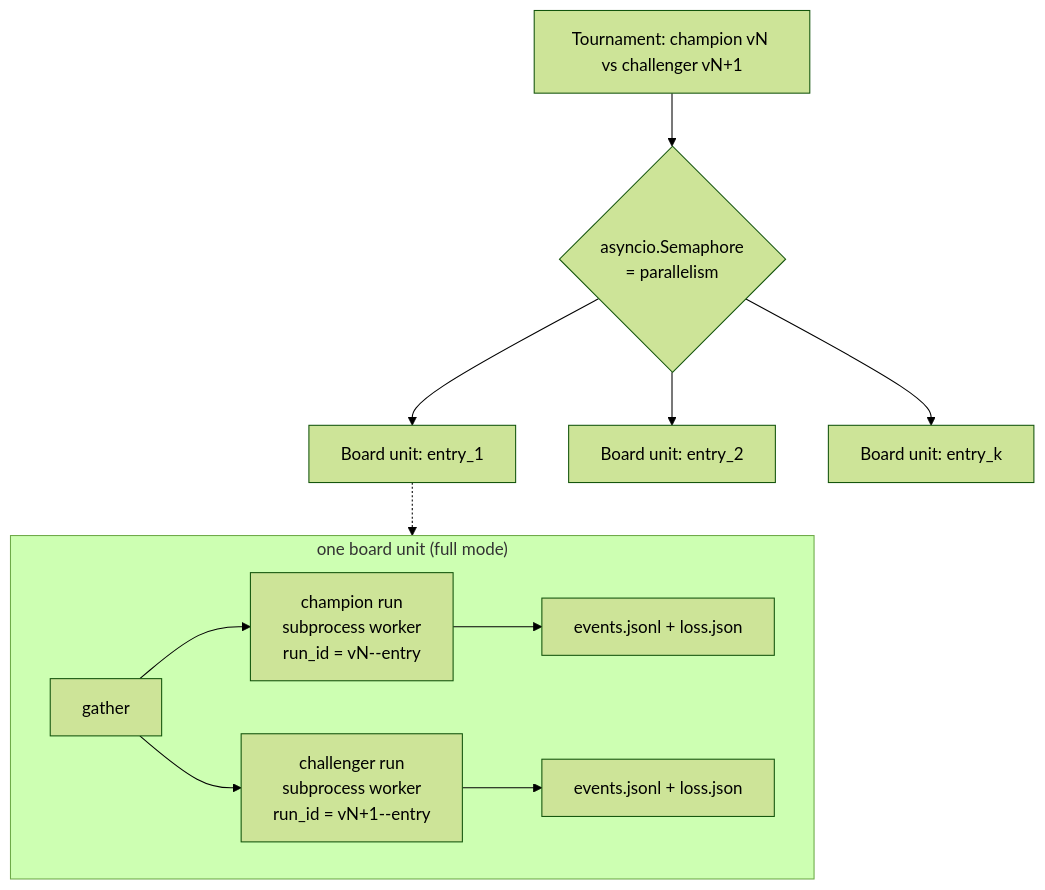
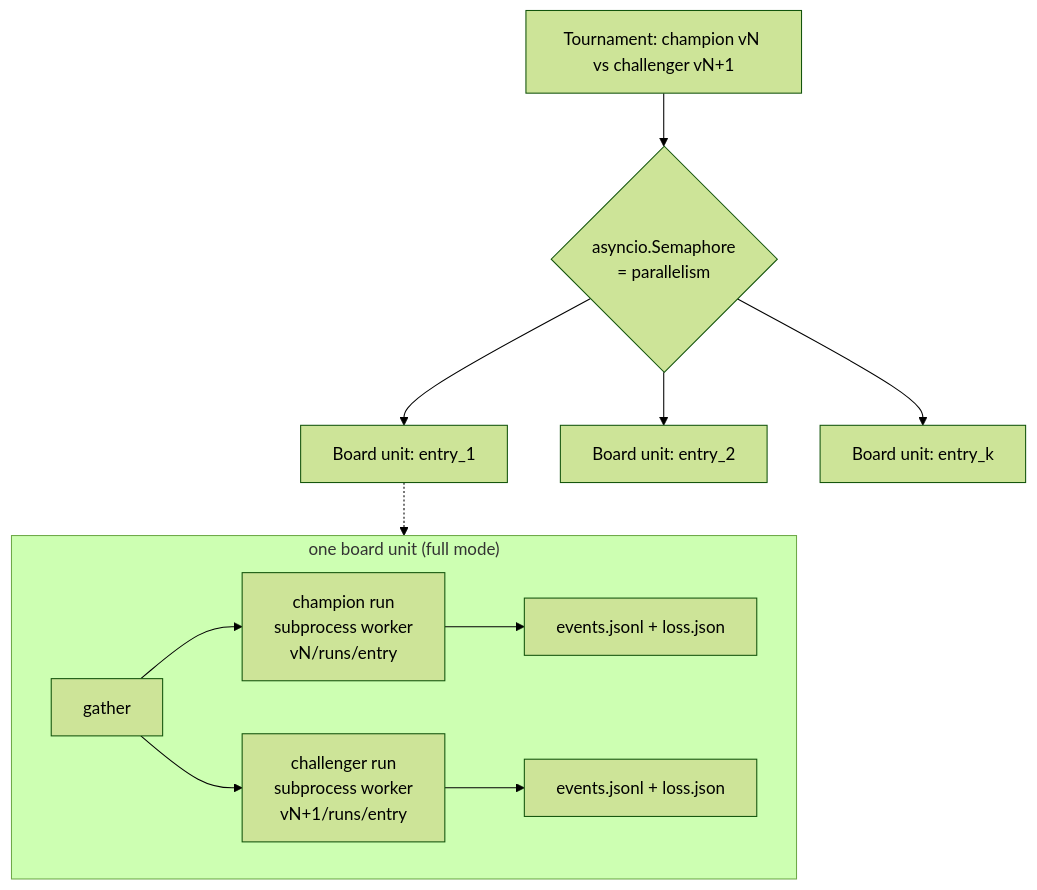
The fourth of 12 diagrams in docs/design/SELECTION.md (pedapudi/zicato), drawn with Mermaid (forest theme) before and after one commit. The commit also changed other lines of this file and 128 other files, not shown here.

````diff
--- a/docs/design/SELECTION.md
+++ b/docs/design/SELECTION.md
@@ -306,15 +324,15 @@
 ```mermaid
 flowchart TB
     T["Tournament: champion vN vs challenger vN+1"] --> SEM{"asyncio.Semaphore<br/>= parallelism"}
     SEM --> U1["Board unit: entry_1"]
     SEM --> U2["Board unit: entry_2"]
     SEM --> Uk["Board unit: entry_k"]
     subgraph one["one board unit (full mode)"]
         direction LR
-        G1["gather"] --> CW["champion run<br/>subprocess worker<br/>run_id = vN--entry"]
-        G1 --> HW["challenger run<br/>subprocess worker<br/>run_id = vN+1--entry"]
+        G1["gather"] --> CW["champion run<br/>subprocess worker<br/>vN/runs/entry"]
+        G1 --> HW["challenger run<br/>subprocess worker<br/>vN+1/runs/entry"]
         CW --> J["events.jsonl + loss.json"]
         HW --> J2["events.jsonl + loss.json"]
     end
     U1 -.-> one
 ```
````
